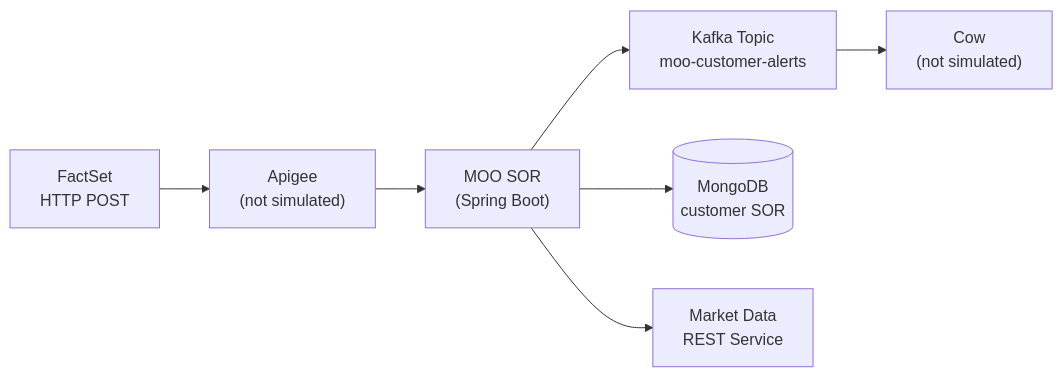
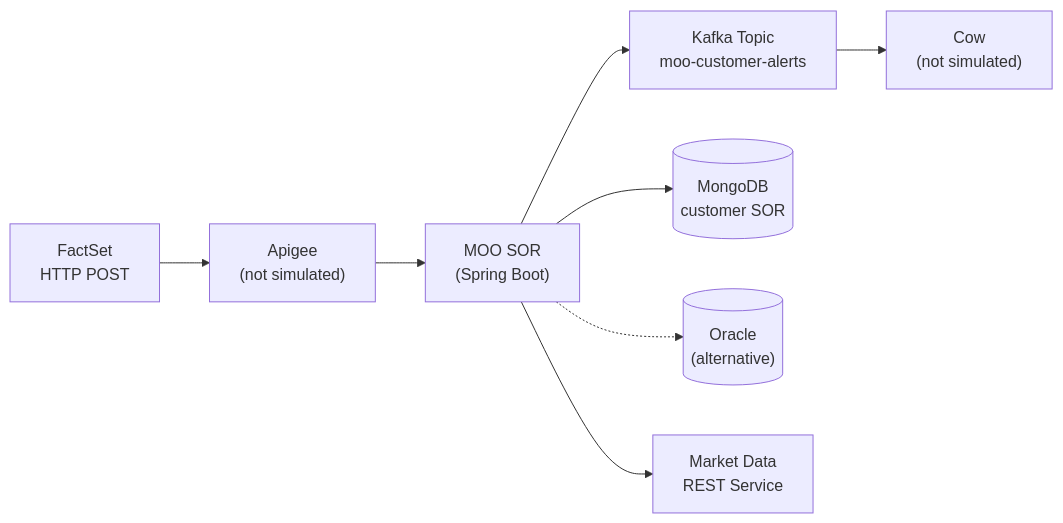
The first of 25 diagrams in moo-sor-alert-service/README.md (OptimalMatch/perf-test-modeling), drawn with Mermaid before and after one commit. The commit also changed other lines of this file and 20 other files, not shown here.

First line of the commit message:
Add Oracle as alternative database backend with performance comparison

````diff
--- a/moo-sor-alert-service/README.md
+++ b/moo-sor-alert-service/README.md
@@ -7,9 +7,10 @@
 ```mermaid
 flowchart LR
     FS["FactSet\nHTTP POST"] --> AP["Apigee\n(not simulated)"]
     AP --> MOO["MOO SOR\n(Spring Boot)"]
     MOO --> KF["Kafka Topic\nmoo-customer-alerts"]
     KF --> Cow["Cow\n(not simulated)"]
     MOO --> MG[("MongoDB\ncustomer SOR")]
+    MOO -.-> ORA[("Oracle\n(alternative)")]
     MOO --> MD["Market Data\nREST Service"]
 ```
````
